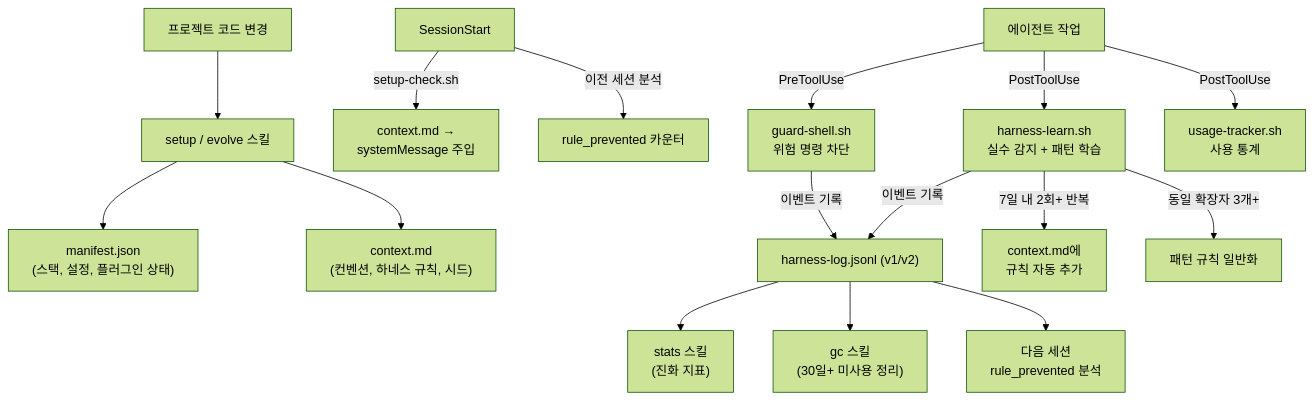
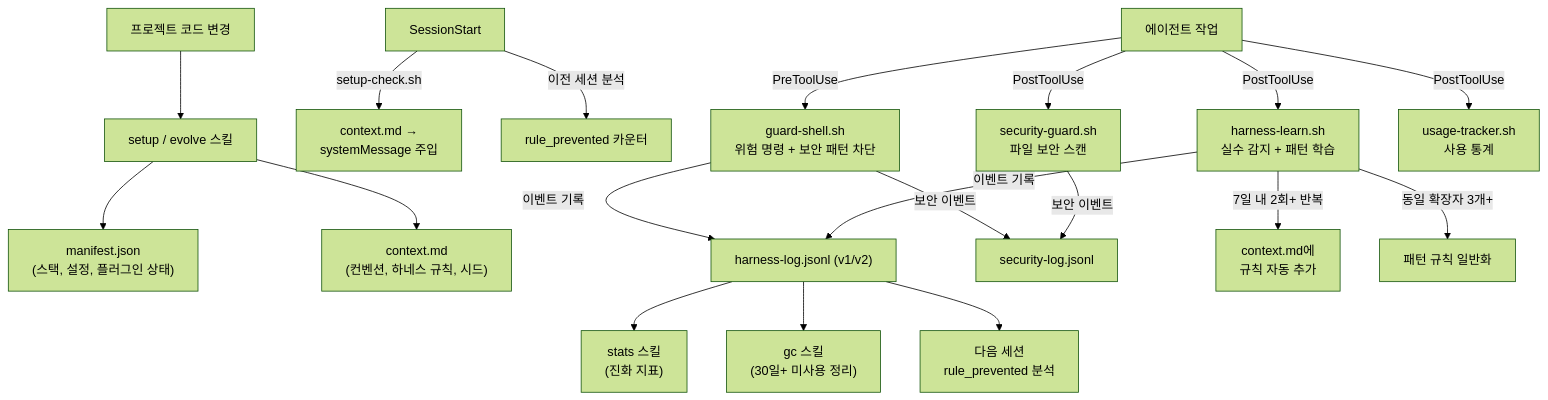
The second of 4 diagrams in docs/FLOWS.md (Jimmy-Jung/ai-symbiote), drawn with Mermaid (forest theme) before and after one commit. The commit also changed other lines of this file and 3 other files, not shown here.

````diff
--- a/docs/FLOWS.md
+++ b/docs/FLOWS.md
@@ -31,21 +31,23 @@
 ```mermaid
 flowchart TD
     A["프로젝트 코드 변경"] --> B["setup / evolve 스킬"]
     B --> C["manifest.json<br/>(스택, 설정, 플러그인 상태)"]
     B --> D["context.md<br/>(컨벤션, 하네스 규칙, 시드)"]
 
     E["SessionStart"] -->|"setup-check.sh"| F["context.md →<br/>systemMessage 주입"]
     E -->|"이전 세션 분석"| G["rule_prevented 카운터"]
 
-    H["에이전트 작업"] -->|"PreToolUse"| I["guard-shell.sh<br/>위험 명령 차단"]
+    H["에이전트 작업"] -->|"PreToolUse"| I["guard-shell.sh<br/>위험 명령 + 보안 패턴 차단"]
     H -->|"PostToolUse"| J["harness-learn.sh<br/>실수 감지 + 패턴 학습"]
+    H -->|"PostToolUse"| J2["security-guard.sh<br/>파일 보안 스캔"]
     H -->|"PostToolUse"| K["usage-tracker.sh<br/>사용 통계"]
 
     I & J -->|"이벤트 기록"| L["harness-log.jsonl (v1/v2)"]
+    I & J2 -->|"보안 이벤트"| L2["security-log.jsonl"]
     J -->|"7일 내 2회+ 반복"| M["context.md에<br/>규칙 자동 추가"]
     J -->|"동일 확장자 3개+"| N["패턴 규칙 일반화"]
 
     L --> O["stats 스킬<br/>(진화 지표)"]
     L --> P["gc 스킬<br/>(30일+ 미사용 정리)"]
     L --> Q["다음 세션<br/>rule_prevented 분석"]
 ```
````
